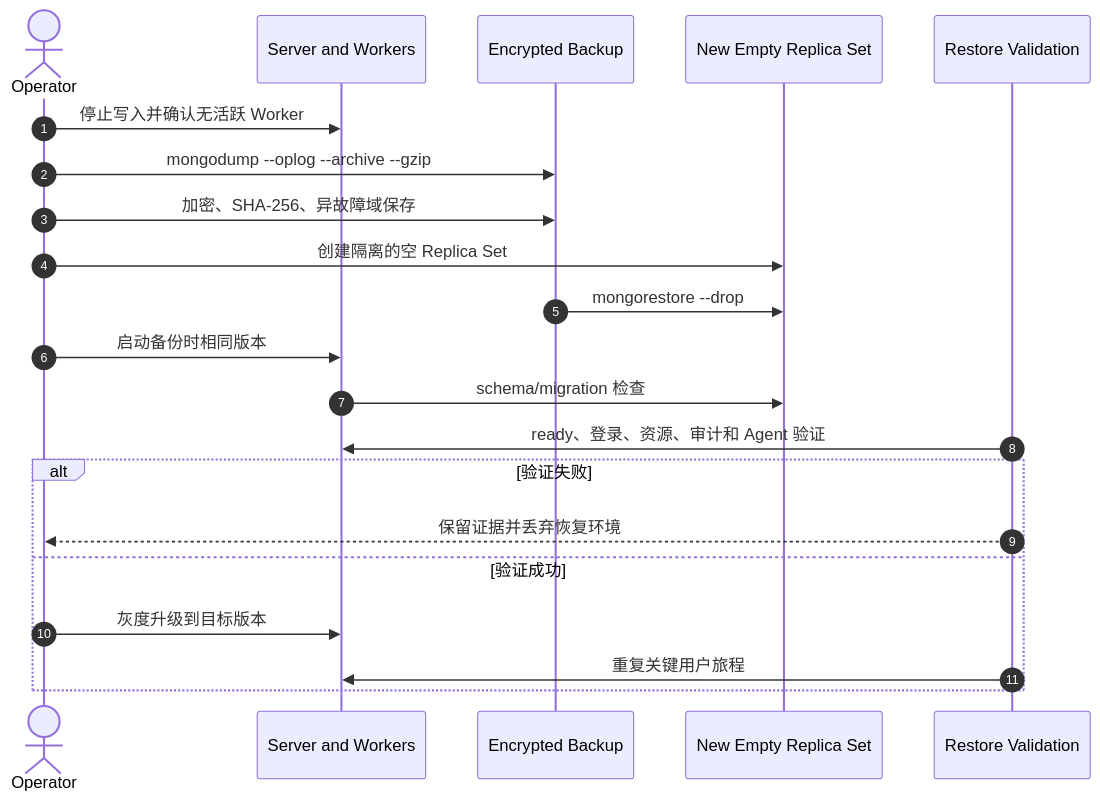
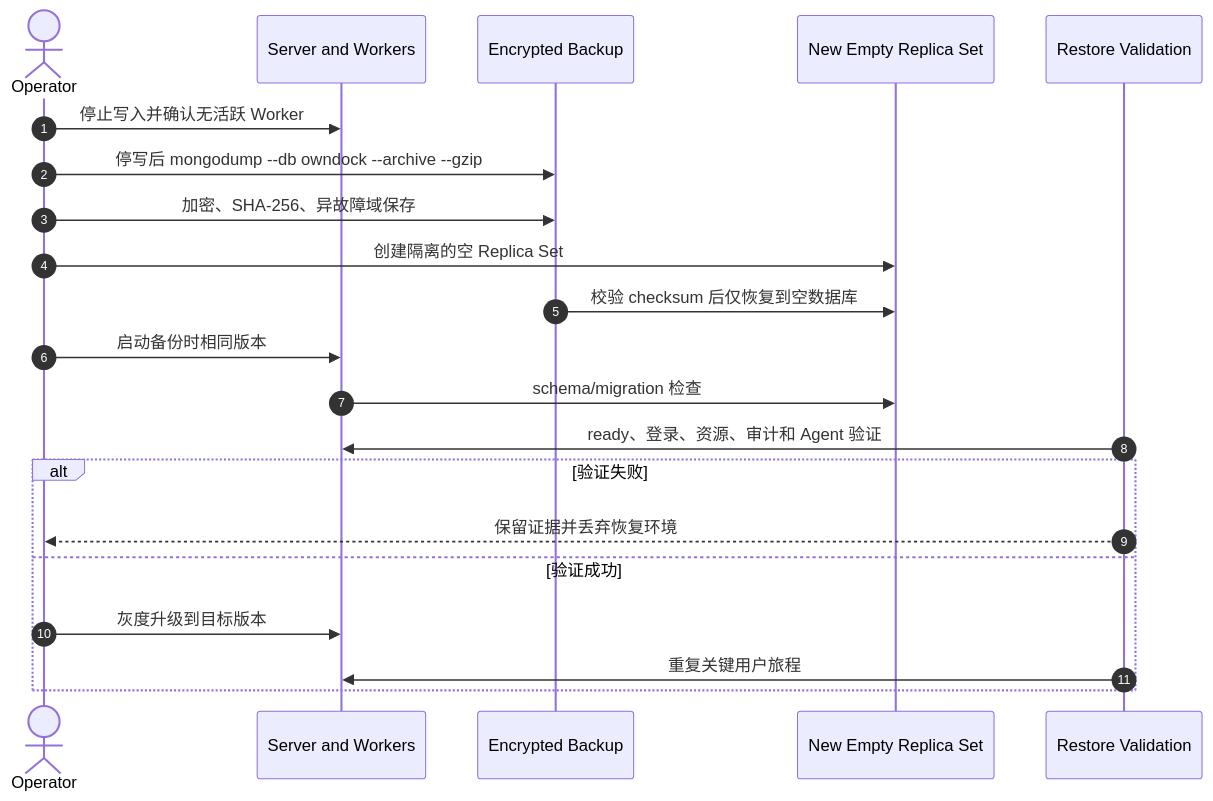
The second of 2 diagrams in docs/community-installation.md (owndock/owndock), drawn with Mermaid before and after one commit. The commit also changed other lines of this file and 10 other files, not shown here.

````diff
--- a/docs/community-installation.md
+++ b/docs/community-installation.md
@@ -122,24 +144,24 @@
 ```mermaid
 sequenceDiagram
     autonumber
     actor O as Operator
     participant S as Server and Workers
     participant B as Encrypted Backup
     participant M as New Empty Replica Set
     participant R as Restore Validation
 
     O->>S: 停止写入并确认无活跃 Worker
-    O->>B: mongodump --oplog --archive --gzip
+    O->>B: 停写后 mongodump --db owndock --archive --gzip
     O->>B: 加密、SHA-256、异故障域保存
     O->>M: 创建隔离的空 Replica Set
-    B->>M: mongorestore --drop
+    B->>M: 校验 checksum 后仅恢复到空数据库
     O->>S: 启动备份时相同版本
     S->>M: schema/migration 检查
     R->>S: ready、登录、资源、审计和 Agent 验证
     alt 验证失败
         R-->>O: 保留证据并丢弃恢复环境
     else 验证成功
         O->>S: 灰度升级到目标版本
         R->>S: 重复关键用户旅程
     end
 ```
````
